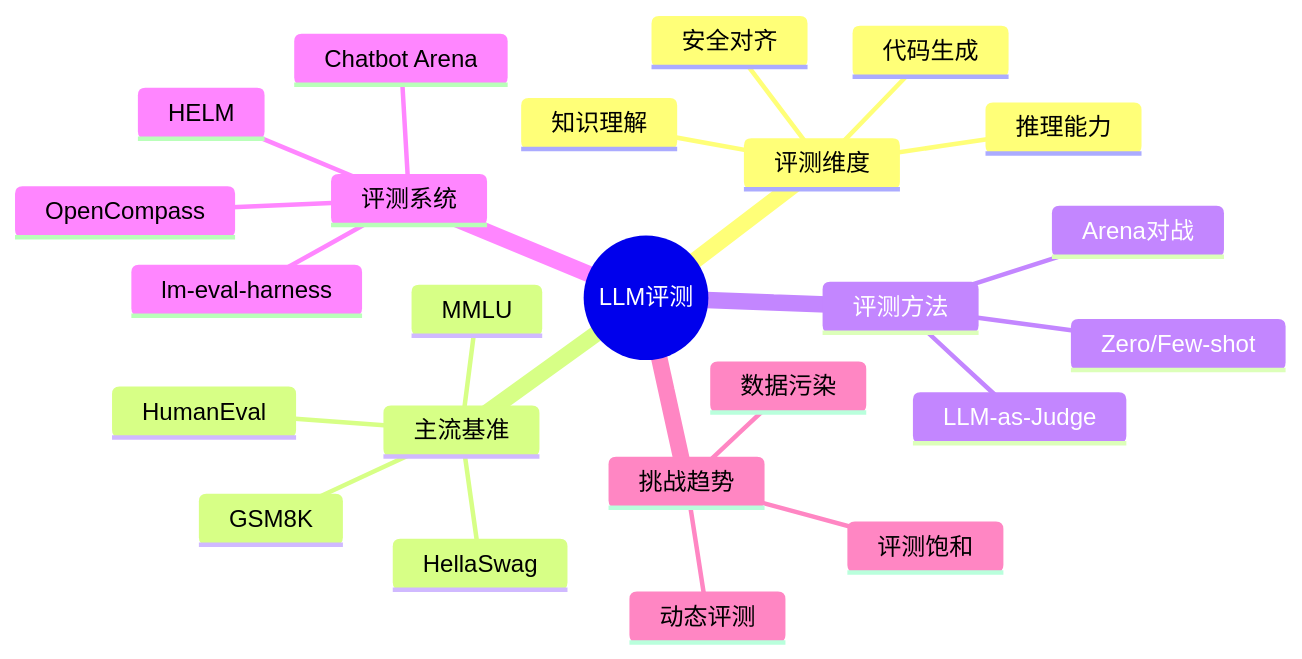
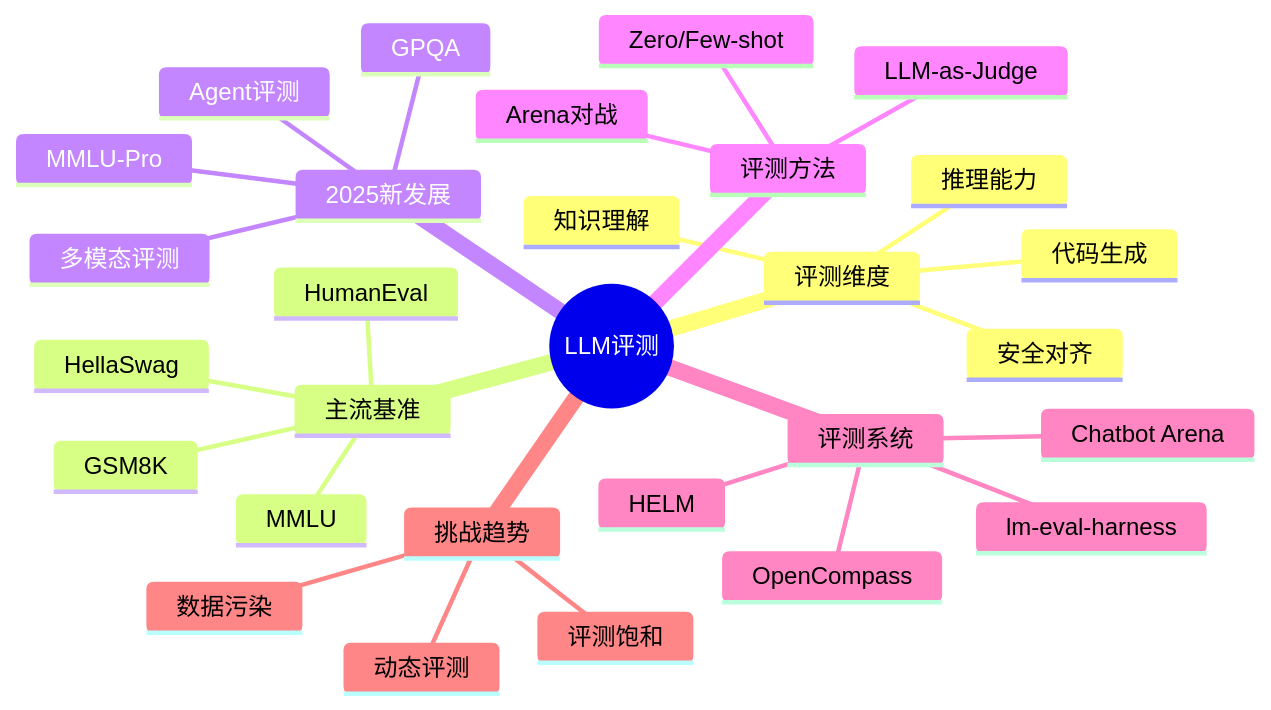
Diagram 16 of 16 in learning/website/docs/basics/26-model-evaluation.md (Xunzhuo/mini-sglang), drawn with Mermaid before and after one commit. The commit also changed other lines of this file and 23 other files, not shown here.

````diff
--- a/learning/website/docs/basics/26-model-evaluation.md
+++ b/learning/website/docs/basics/26-model-evaluation.md
@@ -662,27 +723,32 @@
 ```mermaid
 mindmap
     root((LLM评测))
         评测维度
             知识理解
             推理能力
             代码生成
             安全对齐
         主流基准
             MMLU
             HellaSwag
             HumanEval
             GSM8K
+        2025新发展
+            GPQA
+            MMLU-Pro
+            多模态评测
+            Agent评测
         评测方法
             Zero/Few-shot
             LLM-as-Judge
             Arena对战
         评测系统
             OpenCompass
             lm-eval-harness
             HELM
             Chatbot Arena
         挑战趋势
             数据污染
             评测饱和
             动态评测
 ```
````
